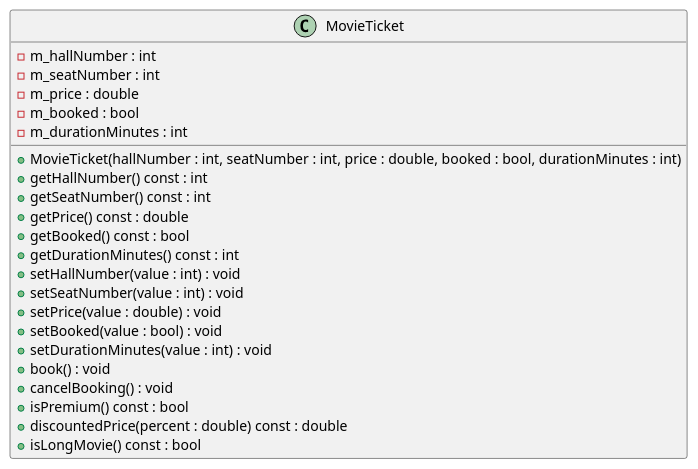
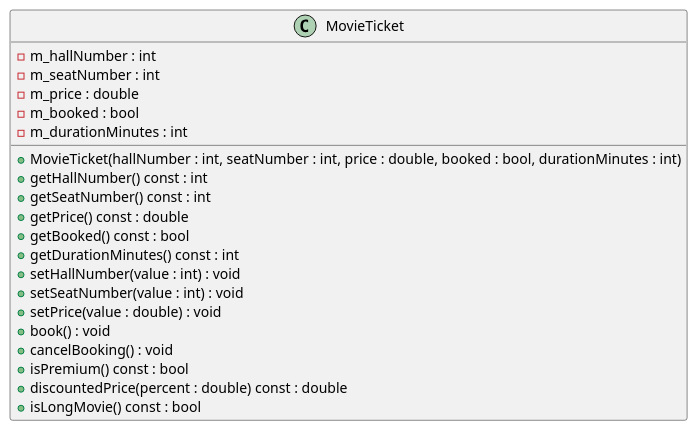
Before and after one commit to artemnew233/programming-part-2: the diagram in uml/MovieTicket.puml, drawn with PlantUML. The commit also changed 7 other files, not shown here.

```diff
--- a/uml/MovieTicket.puml
+++ b/uml/MovieTicket.puml
@@ -1,26 +1,24 @@
 @startuml
 class MovieTicket {
     - m_hallNumber : int
     - m_seatNumber : int
     - m_price : double
     - m_booked : bool
     - m_durationMinutes : int
 
     + MovieTicket(hallNumber : int, seatNumber : int, price : double, booked : bool, durationMinutes : int)
     + getHallNumber() const : int
     + getSeatNumber() const : int
     + getPrice() const : double
     + getBooked() const : bool
     + getDurationMinutes() const : int
     + setHallNumber(value : int) : void
     + setSeatNumber(value : int) : void
     + setPrice(value : double) : void
-    + setBooked(value : bool) : void
-    + setDurationMinutes(value : int) : void
     + book() : void
     + cancelBooking() : void
     + isPremium() const : bool
     + discountedPrice(percent : double) const : double
     + isLongMovie() const : bool
 }
 @enduml
```
